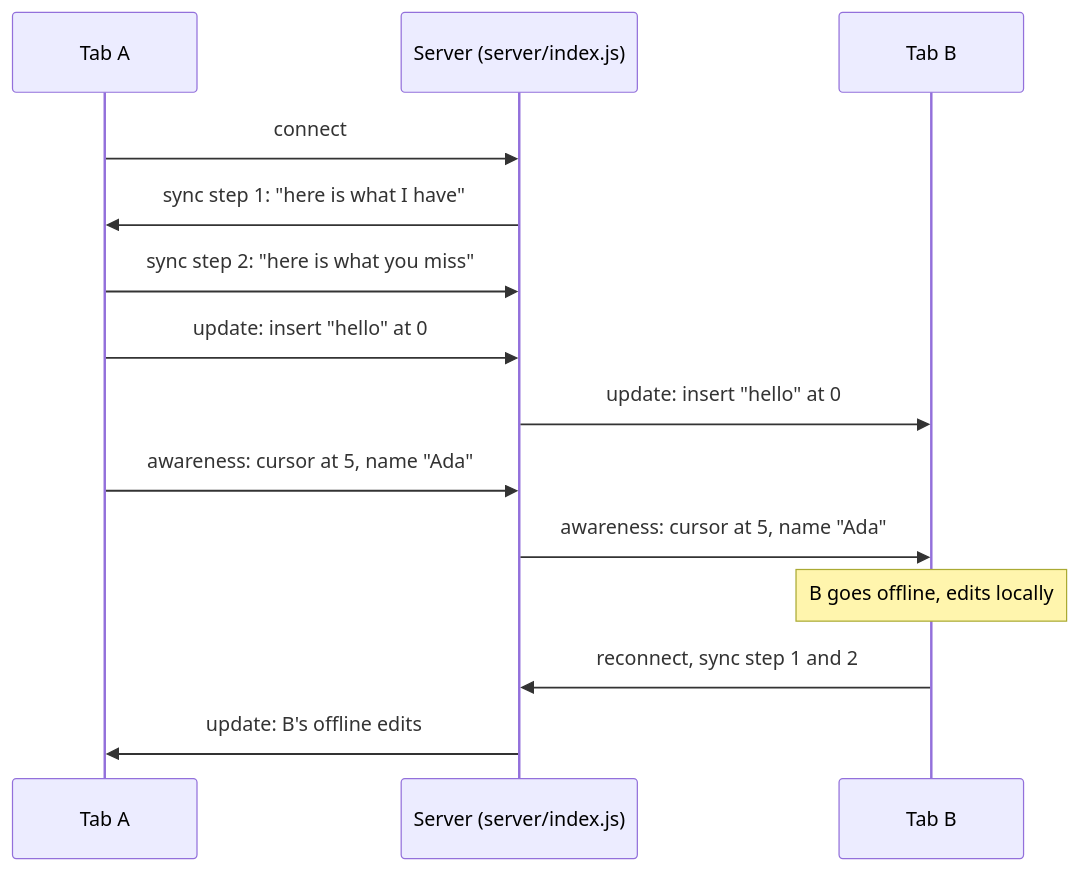
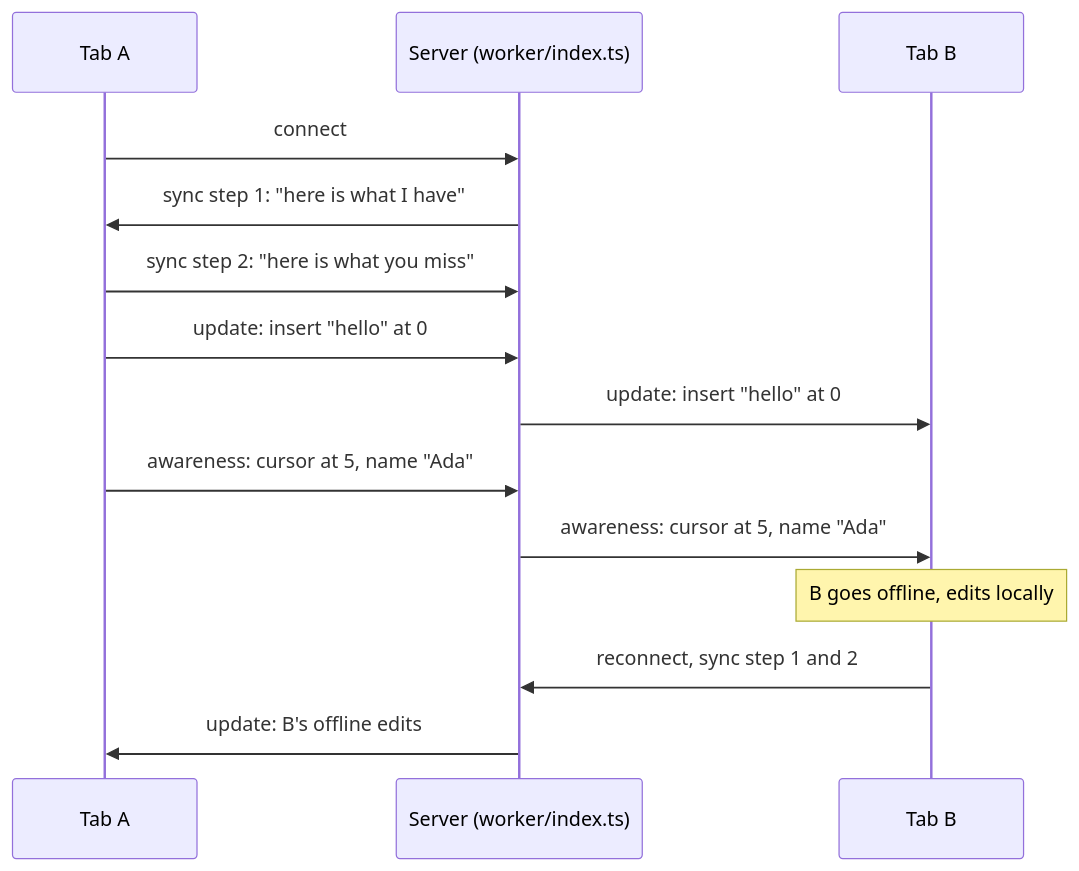
Before and after one commit to ulot2/cowrite: the diagram in README.md, drawn with Mermaid. The commit also changed other lines of this file and 1 other file, not shown here.

Commit message:
Update README and demo GIF for the Cloudflare server

````diff
--- a/README.md
+++ b/README.md
@@ -29,16 +29,16 @@
 ```mermaid
 sequenceDiagram
     participant A as Tab A
-    participant S as Server (server/index.js)
+    participant S as Server (worker/index.ts)
     participant B as Tab B
     A->>S: connect
     S->>A: sync step 1: "here is what I have"
     A->>S: sync step 2: "here is what you miss"
     A->>S: update: insert "hello" at 0
     S->>B: update: insert "hello" at 0
     A->>S: awareness: cursor at 5, name "Ada"
     S->>B: awareness: cursor at 5, name "Ada"
     Note over B: B goes offline, edits locally
     B->>S: reconnect, sync step 1 and 2
     S->>A: update: B's offline edits
 ```
````
